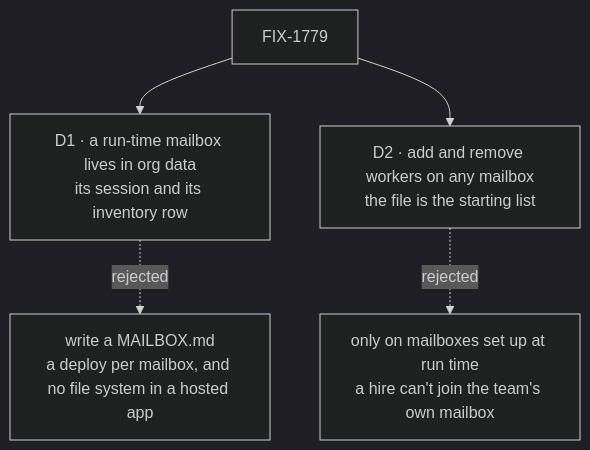
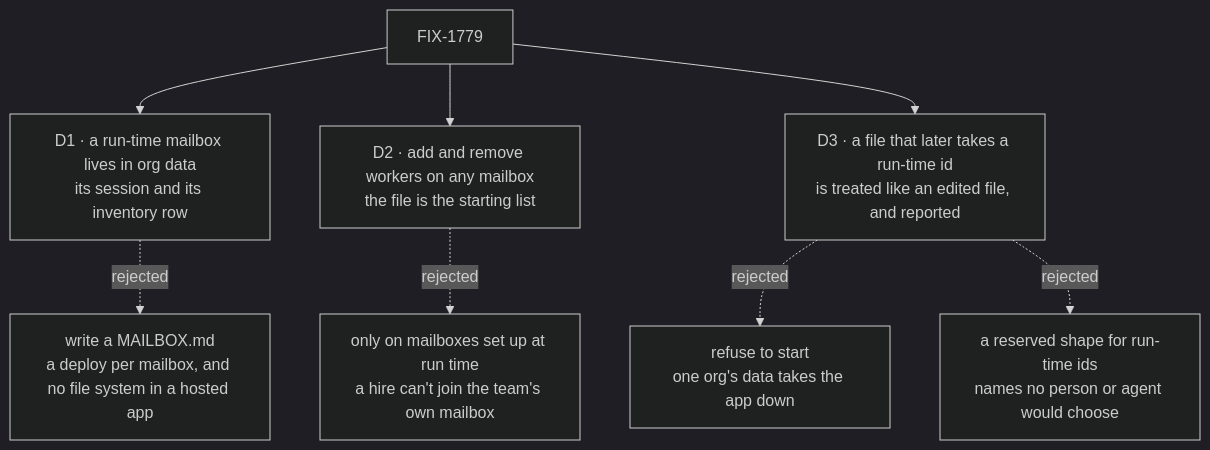
One commit to fixpoint-labs/flow-state-dev changed the diagram in specs/issues/FIX-1779/DECISIONS.md. Above: the diagram before and after it, drawn with Mermaid (dark theme). The commit also changed other lines of this file and 5 other files, not shown here.

````diff
--- a/specs/issues/FIX-1779/DECISIONS.md
+++ b/specs/issues/FIX-1779/DECISIONS.md
@@ -9,7 +9,10 @@
 ```mermaid
 flowchart TD
   I["FIX-1779"] --> D1["D1 · a run-time mailbox lives in org data<br/>its session and its inventory row"]
   D1 -.->|"rejected"| X1["write a MAILBOX.md<br/>a deploy per mailbox, and no file system in a hosted app"]
   I --> D2["D2 · add and remove workers on any mailbox<br/>the file is the starting list"]
   D2 -.->|"rejected"| X2["only on mailboxes set up at run time<br/>a hire can't join the team's own mailbox"]
+  I --> D3["D3 · a file that later takes a run-time id<br/>is treated like an edited file, and reported"]
+  D3 -.->|"rejected"| X3["refuse to start<br/>one org's data takes the app down"]
+  D3 -.->|"rejected"| X4["a reserved shape for run-time ids<br/>names no person or agent would choose"]
 ```
````
